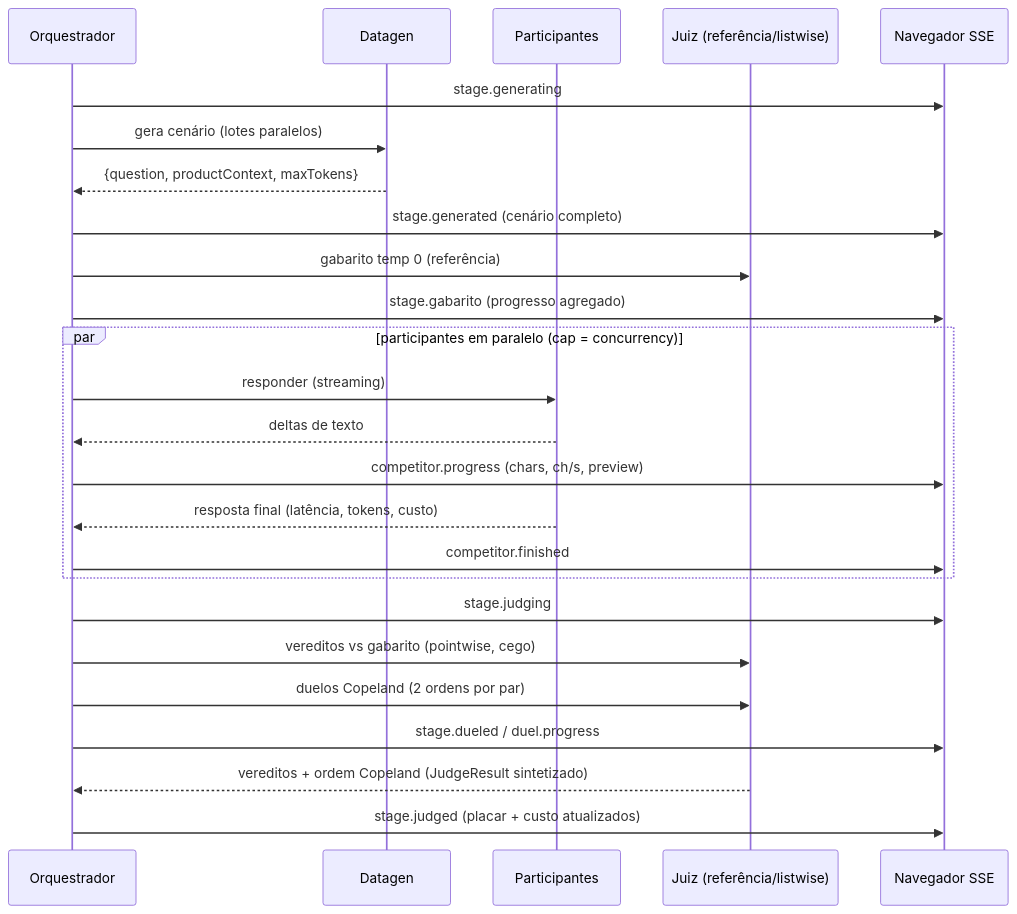
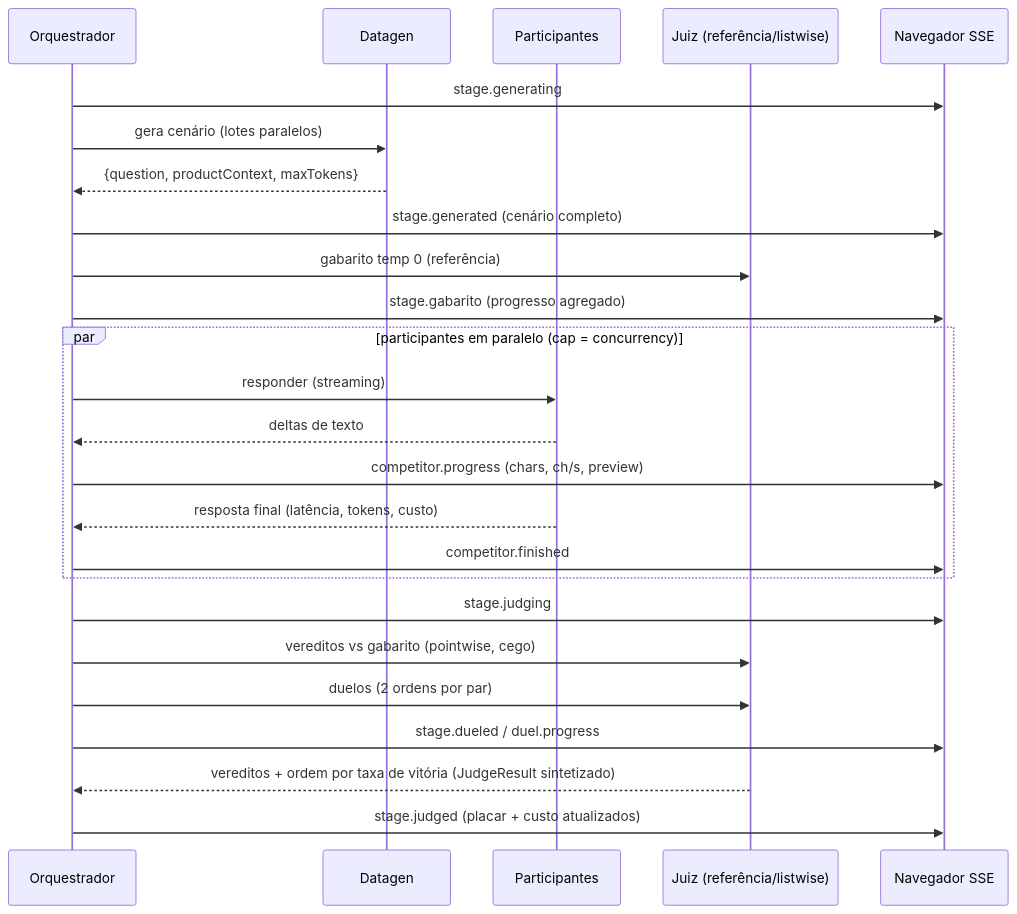
Before and after one commit to frederico-kluser/prompt-builder: the second of 2 diagrams in README.md, drawn with Mermaid. The commit also changed other lines of this file and 26 other files, not shown here.

First line of the commit message:
fix(pesquisas): IMPL-007 painel de juízes por maioria simples (empate técnico) e placar dos duelos como taxa de vitória

````diff
--- a/README.md
+++ b/README.md
@@ -221,28 +223,28 @@
 ```mermaid
 sequenceDiagram
   participant O as Orquestrador
   participant D as Datagen
   participant K as Participantes
   participant J as Juiz (referência/listwise)
   participant UI as Navegador SSE
 
   O->>UI: stage.generating
   O->>D: gera cenário (lotes paralelos)
   D-->>O: {question, productContext, maxTokens}
   O->>UI: stage.generated (cenário completo)
   O->>J: gabarito temp 0 (referência)
   O->>UI: stage.gabarito (progresso agregado)
   par participantes em paralelo (cap = concurrency)
     O->>K: responder (streaming)
     K-->>O: deltas de texto
     O->>UI: competitor.progress (chars, ch/s, preview)
     K-->>O: resposta final (latência, tokens, custo)
     O->>UI: competitor.finished
   end
   O->>UI: stage.judging
   O->>J: vereditos vs gabarito (pointwise, cego)
-  O->>J: duelos Copeland (2 ordens por par)
+  O->>J: duelos (2 ordens por par)
   O->>UI: stage.dueled / duel.progress
-  J-->>O: vereditos + ordem Copeland (JudgeResult sintetizado)
+  J-->>O: vereditos + ordem por taxa de vitória (JudgeResult sintetizado)
   O->>UI: stage.judged (placar + custo atualizados)
 ```
````
